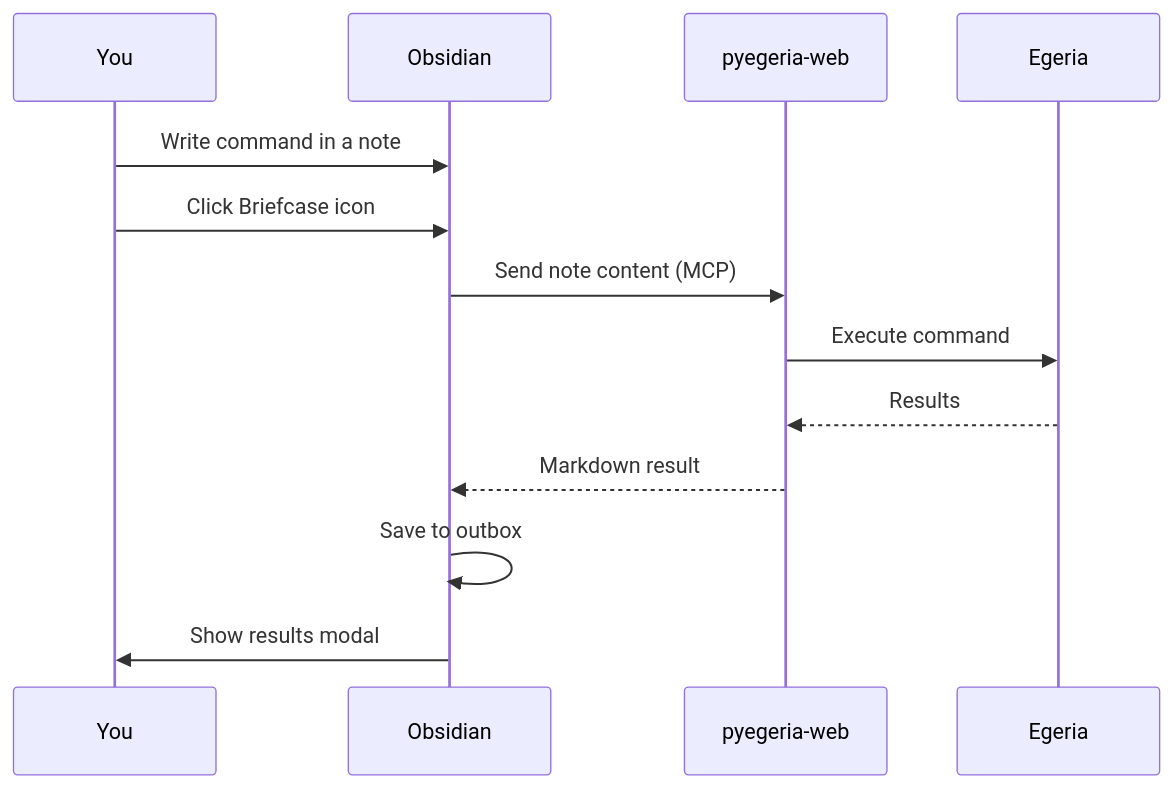
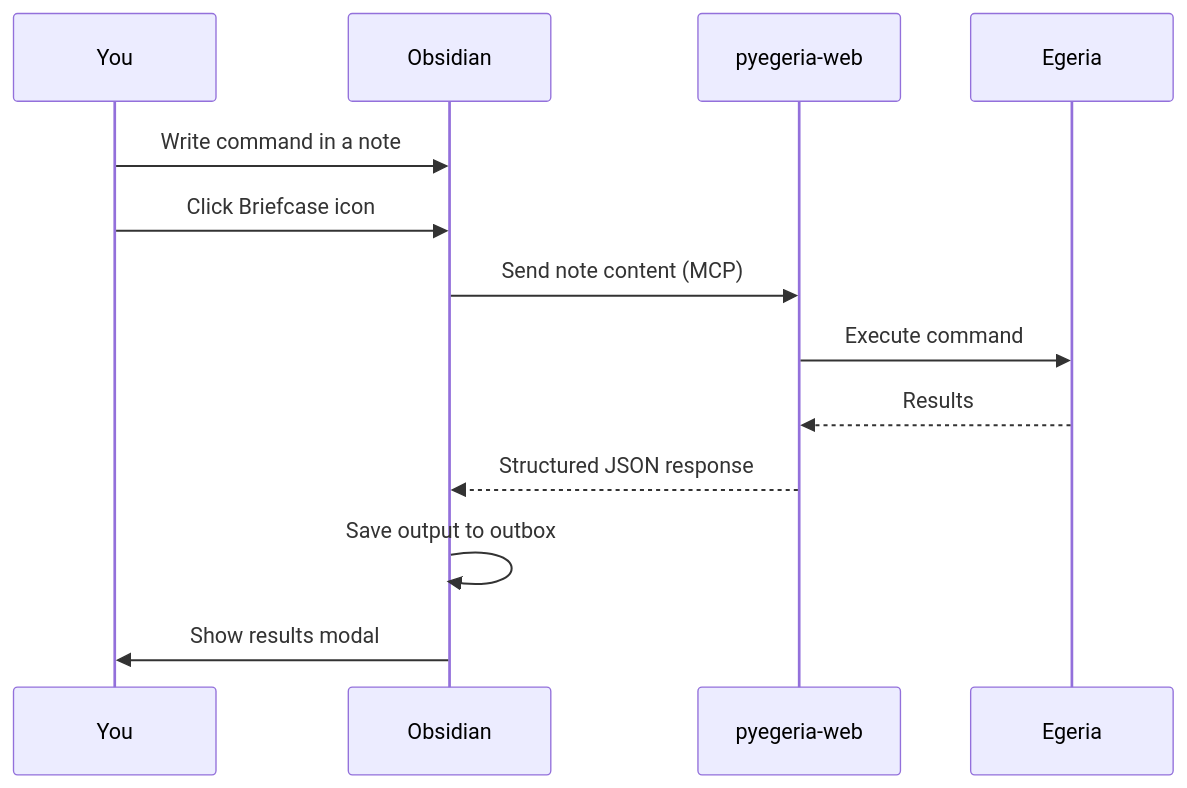
Before and after one commit to odpi/egeria-workspaces: the diagram in portal-docs/tools/dr-egeria/overview.md, drawn with Mermaid. The commit also changed other lines of this file and 3 other files, not shown here.

````diff
--- a/portal-docs/tools/dr-egeria/overview.md
+++ b/portal-docs/tools/dr-egeria/overview.md
@@ -9,16 +11,16 @@
 ```mermaid
 sequenceDiagram
     participant You
     participant Obsidian
     participant Backend as pyegeria-web
     participant Egeria
 
     You->>Obsidian: Write command in a note
     You->>Obsidian: Click Briefcase icon
     Obsidian->>Backend: Send note content (MCP)
     Backend->>Egeria: Execute command
     Egeria-->>Backend: Results
-    Backend-->>Obsidian: Markdown result
-    Obsidian->>Obsidian: Save to outbox
+    Backend-->>Obsidian: Structured JSON response
+    Obsidian->>Obsidian: Save output to outbox
     Obsidian->>You: Show results modal
 ```
````
